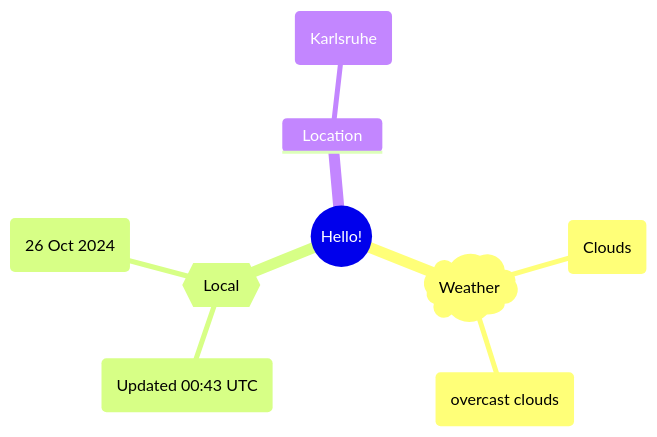
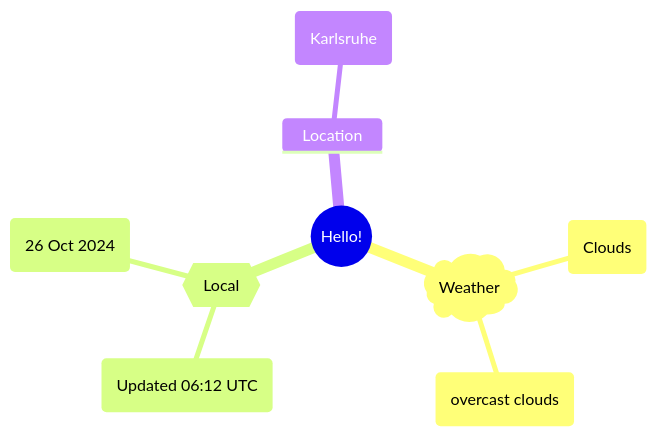
The first of 2 diagrams in README.md (Xosrov/Xosrov), drawn with Mermaid before and after one commit.

Commit message:
[bot] updated images

````diff
--- a/README.md
+++ b/README.md
@@ -3,12 +3,12 @@
 ```mermaid
 mindmap
   root((Hello!))
     )Weather(
         (Clouds)
         (overcast clouds)
     {{Local}}
-        (Updated 00:43 UTC)
+        (Updated 06:12 UTC)
         (26 Oct 2024)
     Location
         (Karlsruhe)
 ```
````
